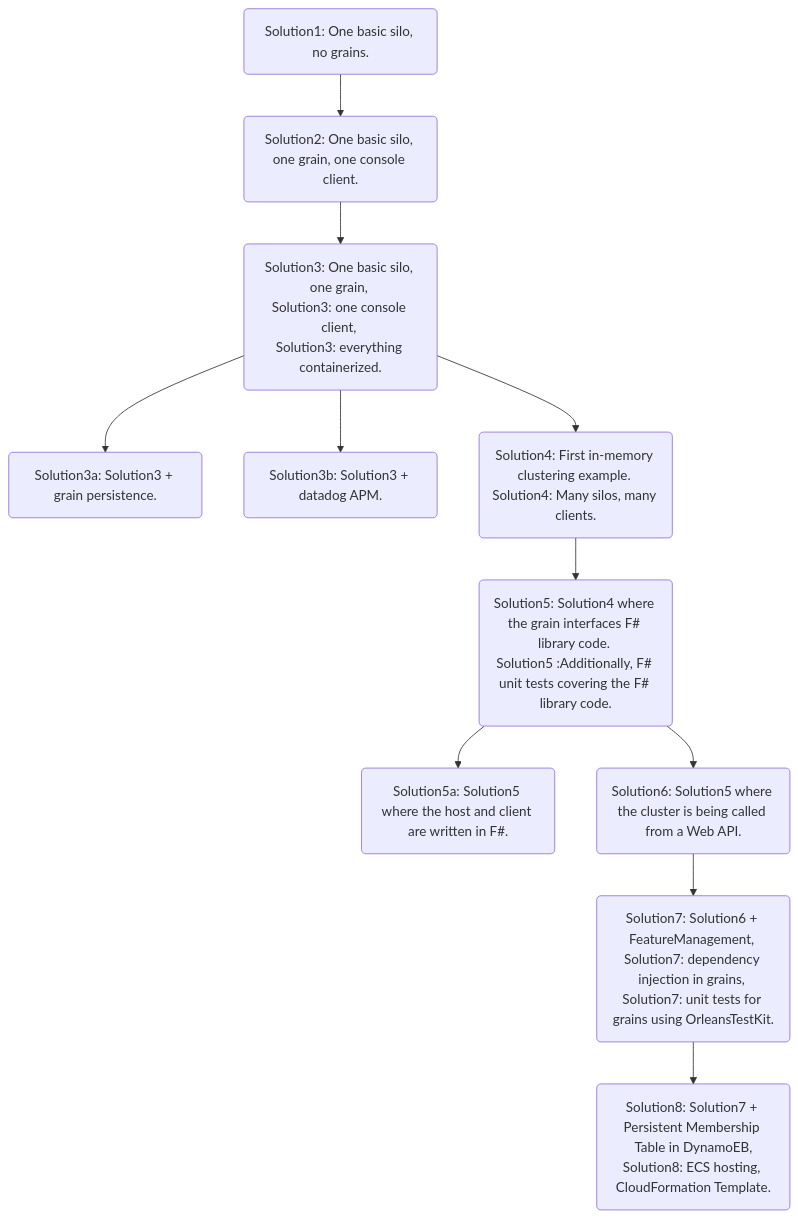
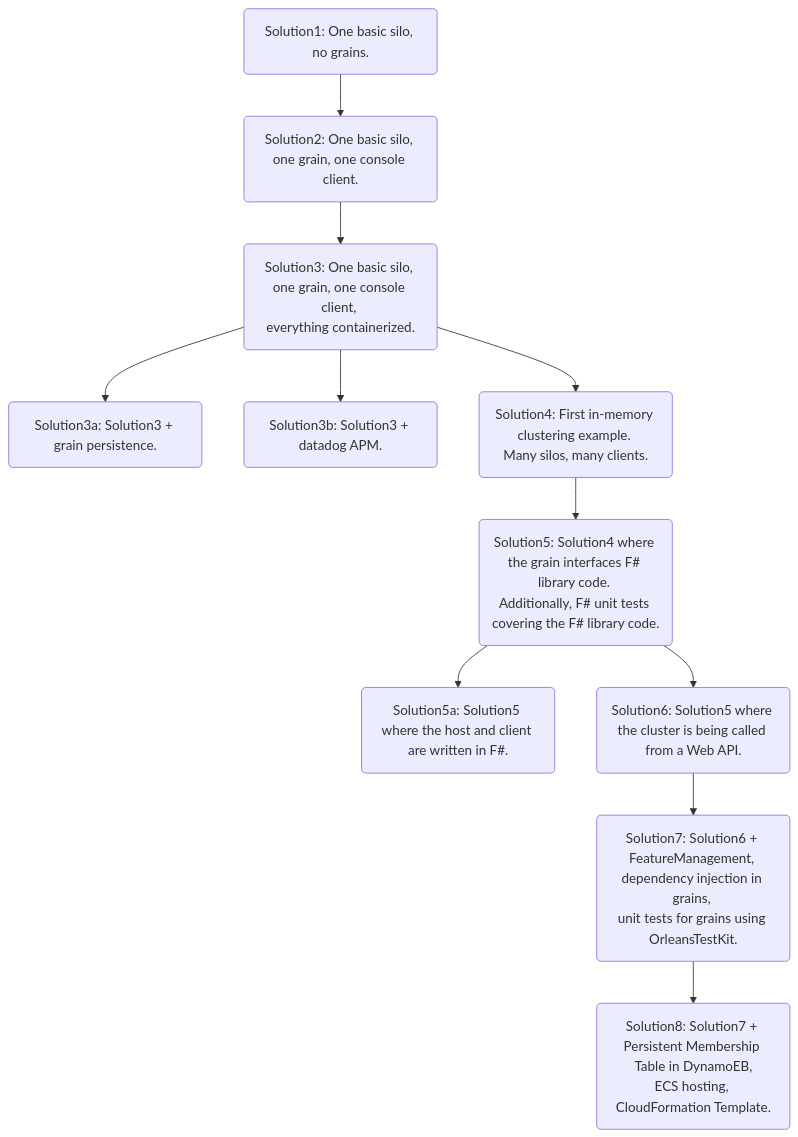
One commit to PiotrJustyna/road-to-orleans changed the diagram in readme.md. Above: the diagram before and after it, drawn with Mermaid. The commit also changed other lines of this file, not shown here.

Commit message:
Fix graph (#358)

````diff
--- a/readme.md
+++ b/readme.md
@@ -24,25 +24,25 @@
 ```mermaid
 flowchart TD
 Solution1(Solution1: One basic silo, no grains.)
 Solution2(Solution2: One basic silo, one grain, one console client.)
-Solution3(Solution3: One basic silo, one grain, <br/>Solution3: one console client, <br/>Solution3: everything containerized.)
+Solution3(Solution3: One basic silo, one grain, one console client, <br/>everything containerized.)
 Solution3a(Solution3a: Solution3 + grain persistence.)
 Solution3b(Solution3b: Solution3 + datadog APM.)
-Solution4(Solution4: First in-memory clustering example. <br/>Solution4: Many silos, many clients.)
-Solution5(Solution5: Solution4 where the grain interfaces F# library code. <br/>Solution5 :Additionally, F# unit tests covering the F# library code.)
+Solution4(Solution4: First in-memory clustering example. <br/>Many silos, many clients.)
+Solution5(Solution5: Solution4 where the grain interfaces F# library code. <br/>Additionally, F# unit tests covering the F# library code.)
 Solution5a(Solution5a: Solution5 where the host and client are written in F#.)
 Solution6(Solution6: Solution5 where the cluster is being called from a Web API.)
-Solution7(Solution7: Solution6 + FeatureManagement, <br/>Solution7: dependency injection in grains, <br/>Solution7: unit tests for grains using OrleansTestKit.)
-Solution8(Solution8: Solution7 + Persistent Membership Table in DynamoEB,<br/>Solution8: ECS hosting, CloudFormation Template.)
+Solution7(Solution7: Solution6 + FeatureManagement, dependency injection in grains, <br/>unit tests for grains using OrleansTestKit.)
+Solution8(Solution8: Solution7 + Persistent Membership Table in DynamoEB,<br/>ECS hosting, CloudFormation Template.)
 
 Solution1 --> Solution2
 Solution2 --> Solution3
 Solution3 --> Solution3a
 Solution3 --> Solution3b
 Solution3 --> Solution4
 Solution4 --> Solution5
 Solution5 --> Solution5a
 Solution5 --> Solution6
 Solution6 --> Solution7
 Solution7 --> Solution8
 ```
````
